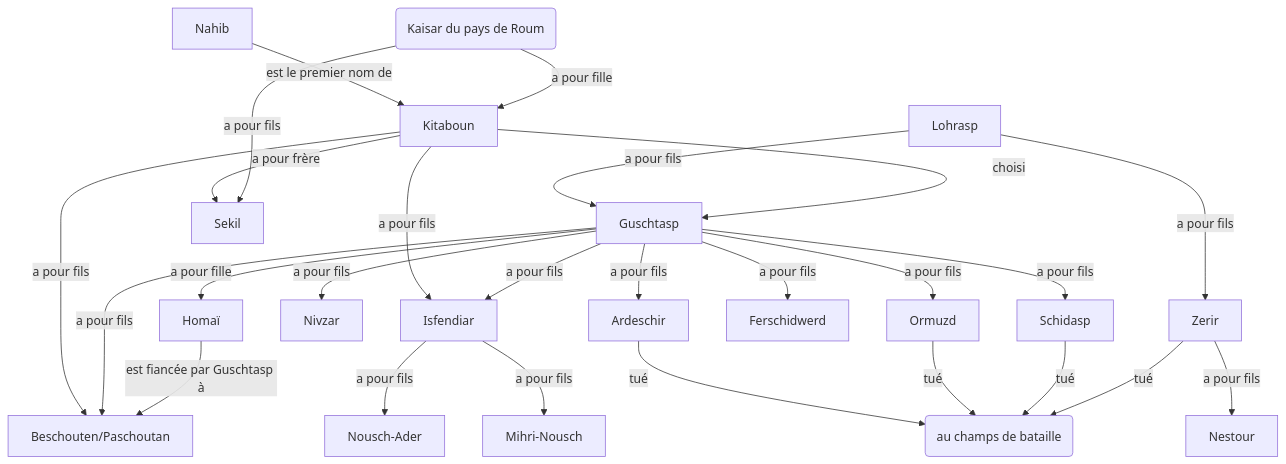
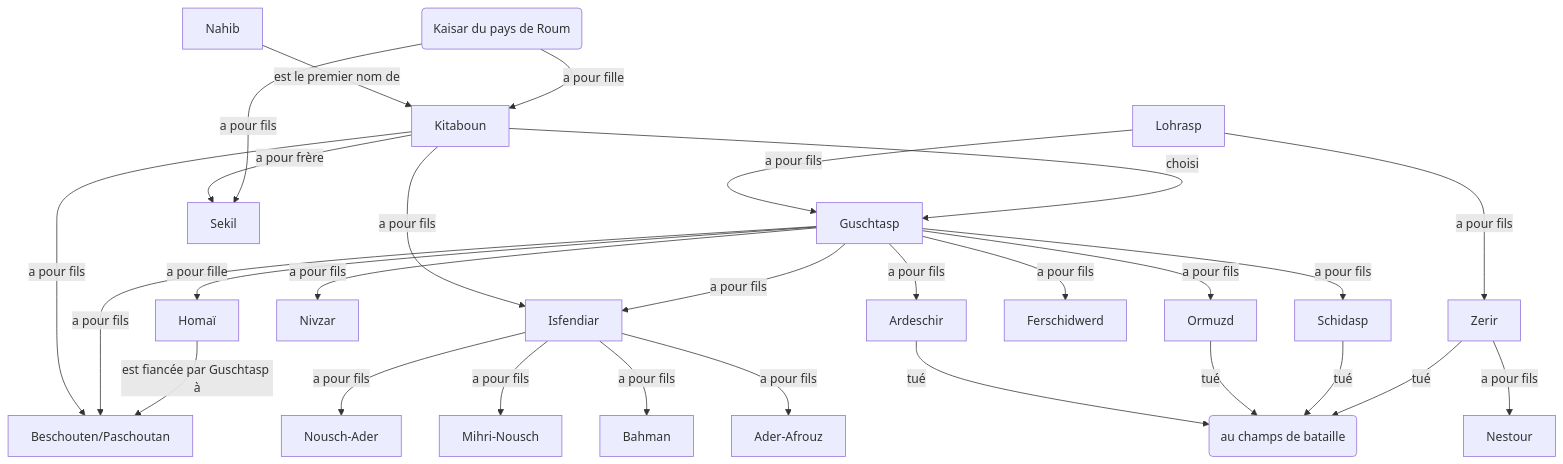
Before and after one commit to hdorgeval/le-livre-des-rois: the diagram in src/graphs/lohrasp/lohrasp.mmd, drawn with Mermaid. The commit also changed 1 other file, not shown here.

```diff
--- a/src/graphs/lohrasp/lohrasp.mmd
+++ b/src/graphs/lohrasp/lohrasp.mmd
@@ -1,26 +1,28 @@
 graph TD
 Lohrasp --a pour fils--> Guschtasp
 Lohrasp --a pour fils--> Zerir
 Nahib --est le premier nom de --> Kitaboun
 Kitaboun --choisi--> Guschtasp
 K(Kaisar du pays de Roum) --a pour fille --> Kitaboun
 Kitaboun --a pour frère--> Sekil
 K(Kaisar du pays de Roum) --a pour fils--> Sekil 
 Kitaboun --a pour fils--> Beschouten/Paschoutan
 Kitaboun --a pour fils--> Isfendiar
 Guschtasp --a pour fils--> Beschouten/Paschoutan
 Guschtasp --a pour fils--> Isfendiar
 Guschtasp --a pour fils--> Schidasp
 Guschtasp --a pour fils--> Nivzar
 Guschtasp --a pour fils--> Ardeschir
 Guschtasp --a pour fils--> Ormuzd
 Guschtasp --a pour fils--> Ferschidwerd
 Guschtasp --a pour fille--> Homaï
 Ardeschir --tué --> B(au champs de bataille)
 Ormuzd --tué --> B(au champs de bataille)
 Schidasp --tué --> B(au champs de bataille)
 Zerir --a pour fils--> Nestour
 Zerir --tué --> B(au champs de bataille)
 Isfendiar --a pour fils--> Nousch-Ader
 Isfendiar --a pour fils--> Mihri-Nousch
+Isfendiar --a pour fils--> Bahman
+Isfendiar --a pour fils--> Ader-Afrouz
 Homaï --est fiancée par Guschtasp à--> Beschouten/Paschoutan
```
